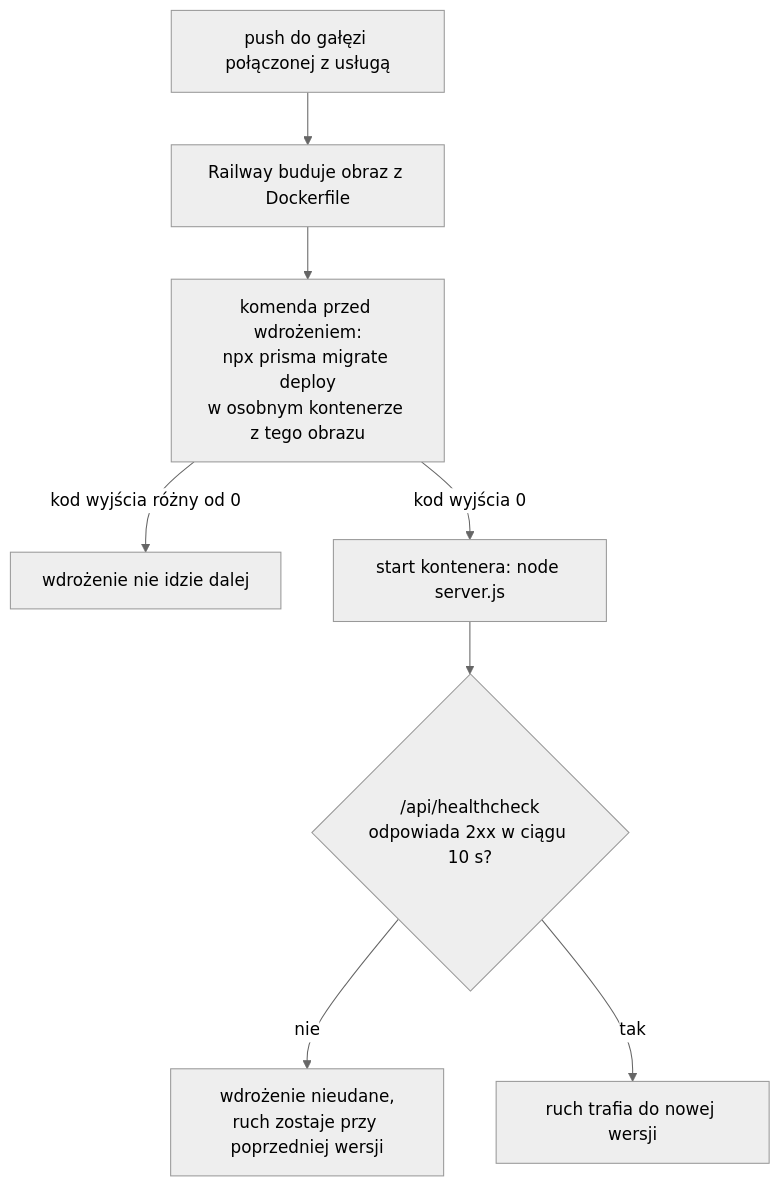
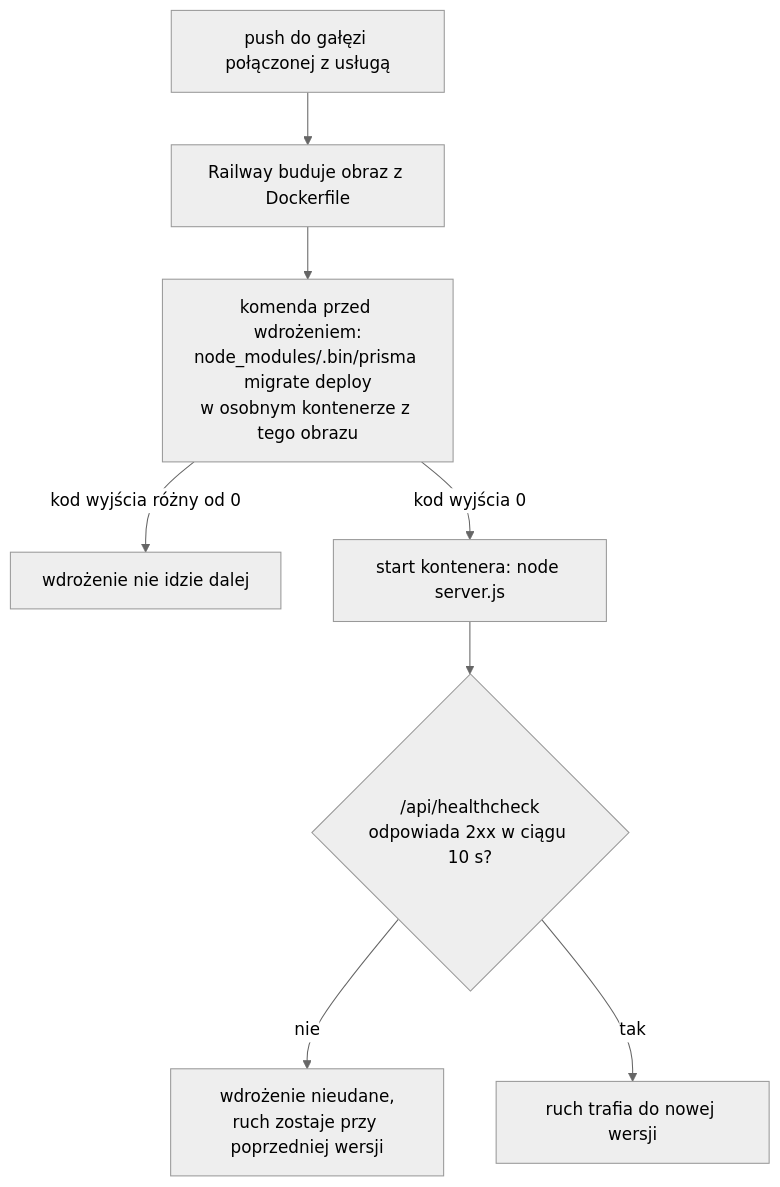
Before and after one commit to webamigos/gatojs: the diagram in docs/10-wdrozenie.md, drawn with Mermaid (neutral theme). The commit also changed other lines of this file and 11 other files, not shown here.

````diff
--- a/docs/10-wdrozenie.md
+++ b/docs/10-wdrozenie.md
@@ -61,10 +61,10 @@
 ```mermaid
 flowchart TD
     push["push do gałęzi połączonej z usługą"] --> build["Railway buduje obraz z Dockerfile"]
-    build --> pre["komenda przed wdrożeniem:<br/>npx prisma migrate deploy<br/>w osobnym kontenerze z tego obrazu"]
+    build --> pre["komenda przed wdrożeniem:<br/>node_modules/.bin/prisma migrate deploy<br/>w osobnym kontenerze z tego obrazu"]
     pre -->|"kod wyjścia różny od 0"| stop["wdrożenie nie idzie dalej"]
     pre -->|"kod wyjścia 0"| start["start kontenera: node server.js"]
     start --> hc{"/api/healthcheck<br/>odpowiada 2xx w ciągu 10 s?"}
     hc -->|"nie"| fail["wdrożenie nieudane,<br/>ruch zostaje przy poprzedniej wersji"]
     hc -->|"tak"| live["ruch trafia do nowej wersji"]
 ```
````
